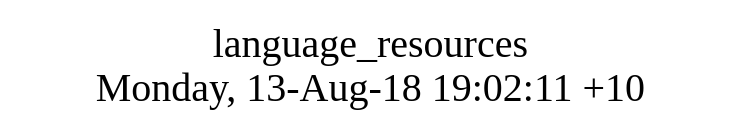
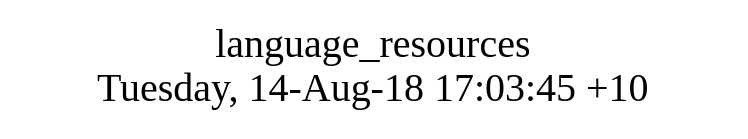
One commit to AplaProject/apps changed the diagram in src/language_resources/struct.dot. Above: the diagram before and after it, drawn with Graphviz. The commit also changed 12 other files, not shown here.

```diff
--- a/src/language_resources/struct.dot
+++ b/src/language_resources/struct.dot
@@ -1,8 +1,8 @@
 digraph G {
 fontsize="24";
-label="language_resources\nMonday, 13-Aug-18 19:02:11 +10";
+label="language_resources\nTuesday, 14-Aug-18 17:03:45 +10";
 nojustify=true;
 ordering=out;
 rankdir=LR;
 size="30";
 }
```
